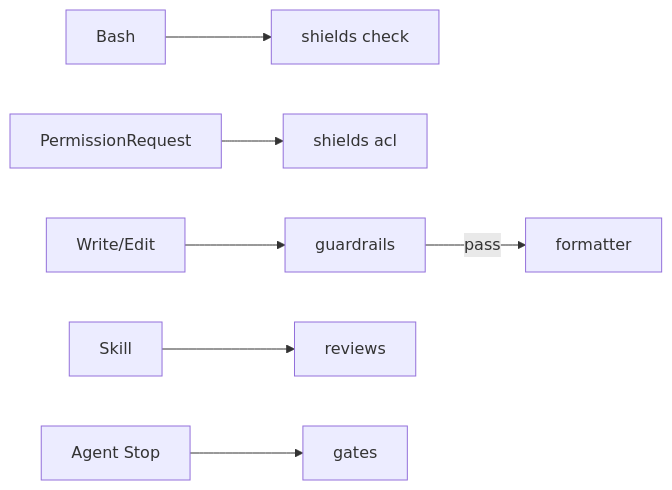
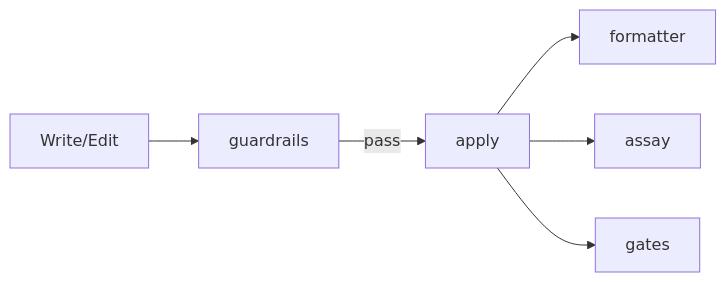
Before and after one commit to thkt/dotclaude: the diagram in docs/HOOKS.md, drawn with Mermaid. The commit also changed other lines of this file and 207 other files, not shown here.

````diff
--- a/docs/HOOKS.md
+++ b/docs/HOOKS.md
@@ -98,9 +69,8 @@
 ```mermaid
 flowchart LR
-    B[Bash] --> S[shields check]
-    PERM[PermissionRequest] --> SA[shields acl]
     W[Write/Edit] --> G[guardrails]
-    G -->|pass| F[formatter]
-    SK[Skill] --> R[reviews]
-    STOP[Agent Stop] --> GA[gates]
+    G -->|pass| AP[apply]
+    AP --> F[formatter]
+    AP --> A[assay]
+    AP --> GA[gates]
 ```
````
